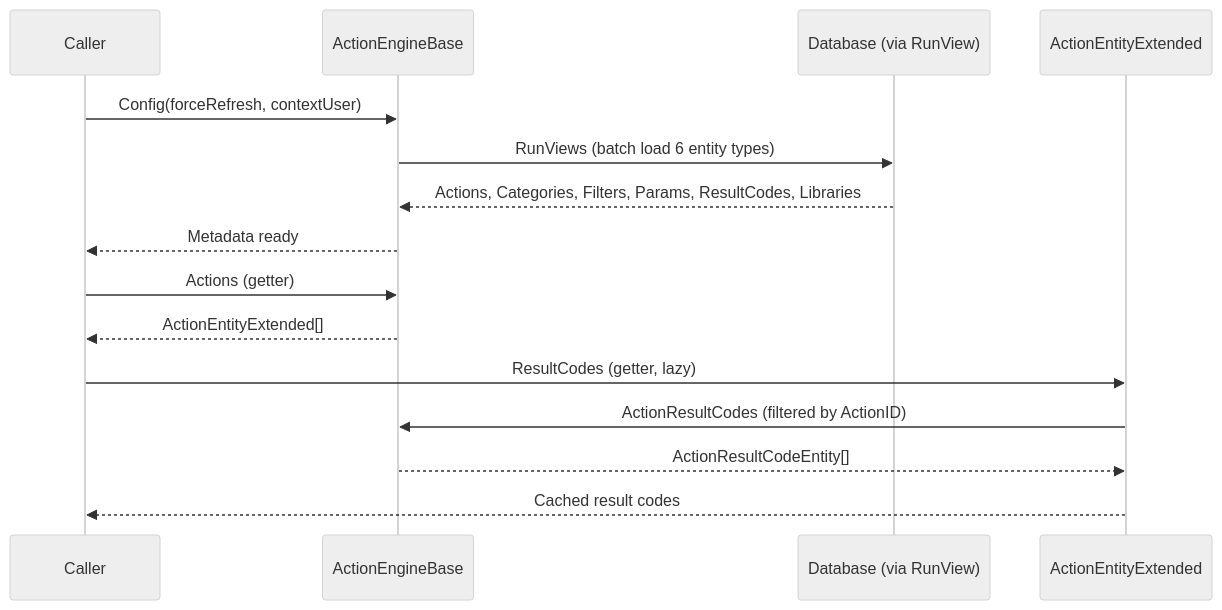
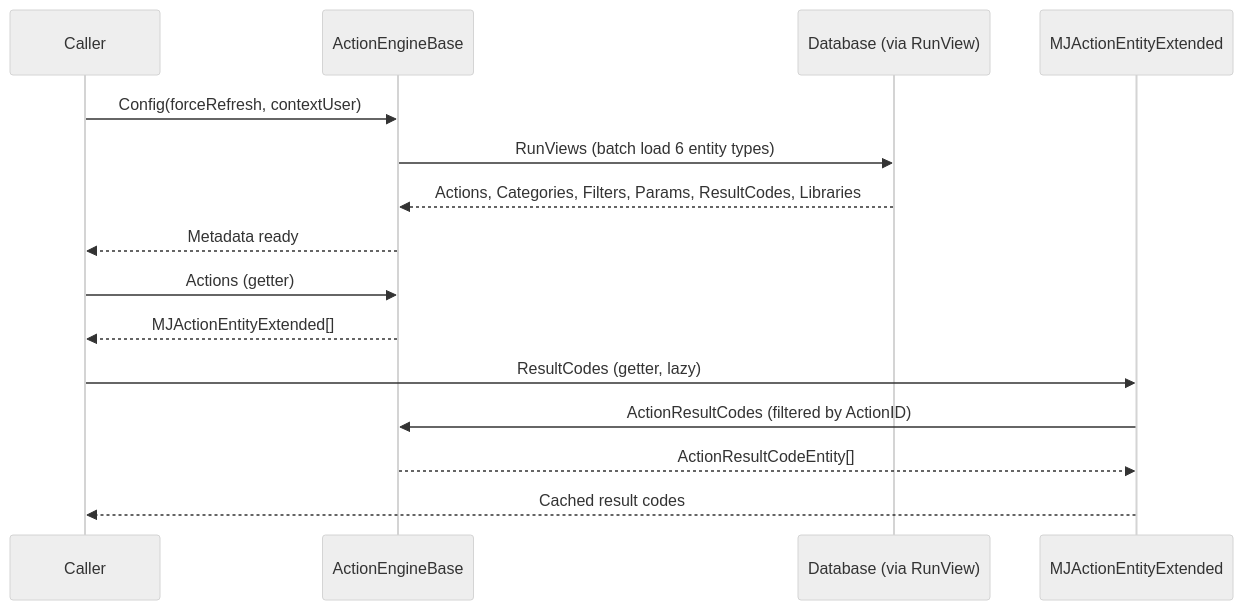
The second of 2 diagrams in packages/Actions/Base/README.md (MemberJunction/MJ), drawn with Mermaid (neutral theme) before and after one commit. The commit also changed other lines of this file and 246 other files, not shown here.

````diff
--- a/packages/Actions/Base/README.md
+++ b/packages/Actions/Base/README.md
@@ -57,20 +57,20 @@
 ```mermaid
 sequenceDiagram
     participant Caller
     participant AEB as ActionEngineBase
     participant DB as Database (via RunView)
-    participant AEX as ActionEntityExtended
+    participant AEX as MJActionEntityExtended
 
     Caller->>AEB: Config(forceRefresh, contextUser)
     AEB->>DB: RunViews (batch load 6 entity types)
     DB-->>AEB: Actions, Categories, Filters, Params, ResultCodes, Libraries
     AEB-->>Caller: Metadata ready
 
     Caller->>AEB: Actions (getter)
-    AEB-->>Caller: ActionEntityExtended[]
+    AEB-->>Caller: MJActionEntityExtended[]
 
     Caller->>AEX: ResultCodes (getter, lazy)
     AEX->>AEB: ActionResultCodes (filtered by ActionID)
     AEB-->>AEX: ActionResultCodeEntity[]
     AEX-->>Caller: Cached result codes
 ```
````
